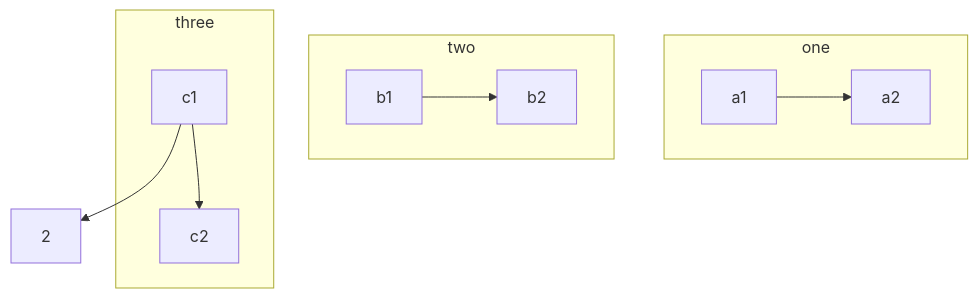
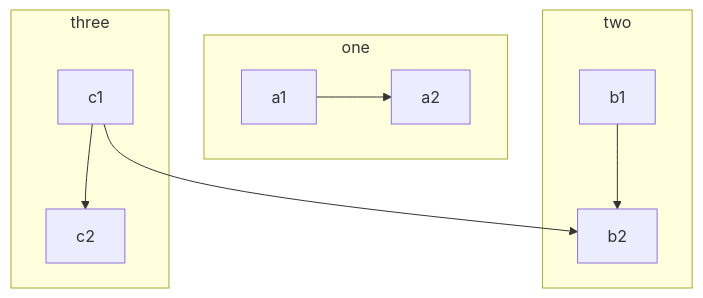
Before and after one commit to gerbssusd/dok: the diagram in slides.md, drawn with Mermaid.

````diff
--- a/slides.md
+++ b/slides.md
@@ -217,19 +217,19 @@
 ```mermaid
 flowchart TB
-    c1-->2
+    c1-->b2
     subgraph one
     a1-->a2
     end
     subgraph two
     b1-->b2
     end
     subgraph three
     c1 --> c2
     end
 
 
 
 
 
 
 ```
````
